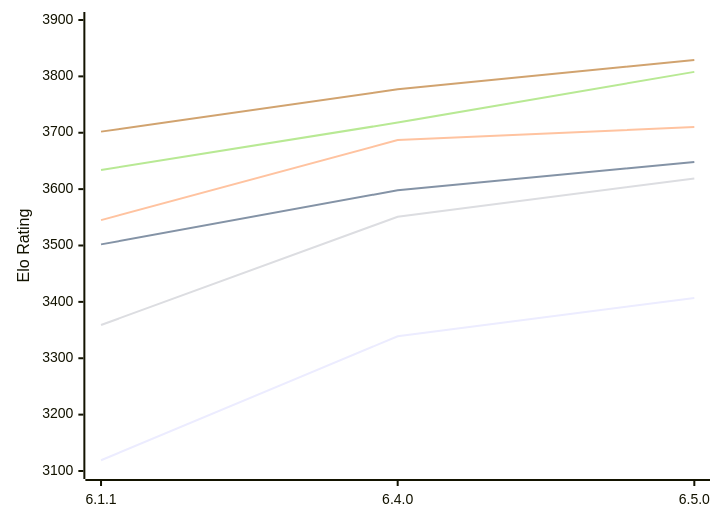
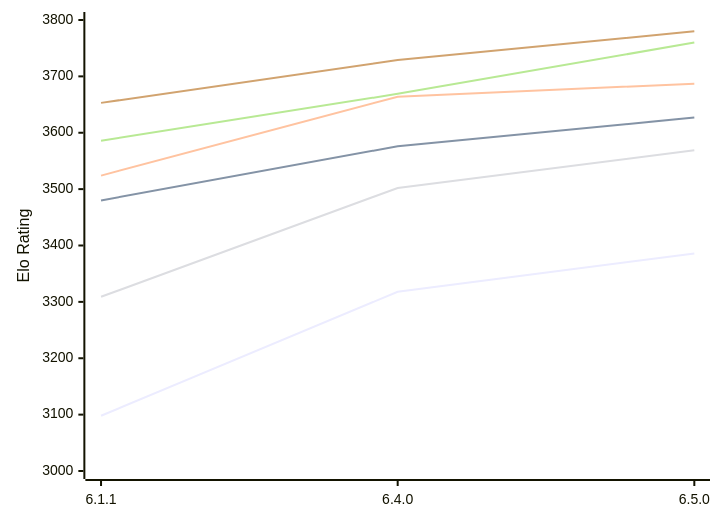
One commit to computer-chess-index/cci changed the first of 2 diagrams in engines/Zigqueen.md. Above: the diagram before and after it, drawn with Mermaid. The commit also changed other lines of this file, not shown here.

Commit message:
Update CCI Ratings (ELO VLTC) - 2026-11-08

````diff
--- a/engines/Zigqueen.md
+++ b/engines/Zigqueen.md
@@ -55,12 +55,12 @@
 ```mermaid
 %%{init: {"theme":"base","themeVariables":{"seriesColors:['#a3a3a3','#222221','#faa371']}}}%%
 xychart-beta
   x-axis ["6.1.1", "6.4.0", "6.5.0"]
-  y-axis "Elo Rating" 3100 --> 3900
-  line "E1: STC (8.0+0.08s)" [3119, 3339, 3407]
-  line "E1: LTC (60.0+0.60s)" [3502, 3598, 3648]
-  line "E1: VLTC (2m24s+1.12s)" [3545, 3687, 3710]
-  line "P1: STC (8.0+0.08s)" [3359, 3551, 3619]
-  line "P1: LTC (60.0+0.60s)" [3634, 3718, 3808]
-  line "P1: VLTC (2m24s+1.12s)" [3702, 3777, 3829]
+  y-axis "Elo Rating" 3000 --> 3800
+  line "E1: STC (8.0+0.08s)" [3098, 3318, 3386]
+  line "E1: LTC (60.0+0.60s)" [3480, 3576, 3627]
+  line "E1: VLTC (2m24s+1.12s)" [3524, 3664, 3687]
+  line "P1: STC (8.0+0.08s)" [3309, 3502, 3569]
+  line "P1: LTC (60.0+0.60s)" [3586, 3669, 3760]
+  line "P1: VLTC (2m24s+1.12s)" [3653, 3729, 3780]
 ```
````
